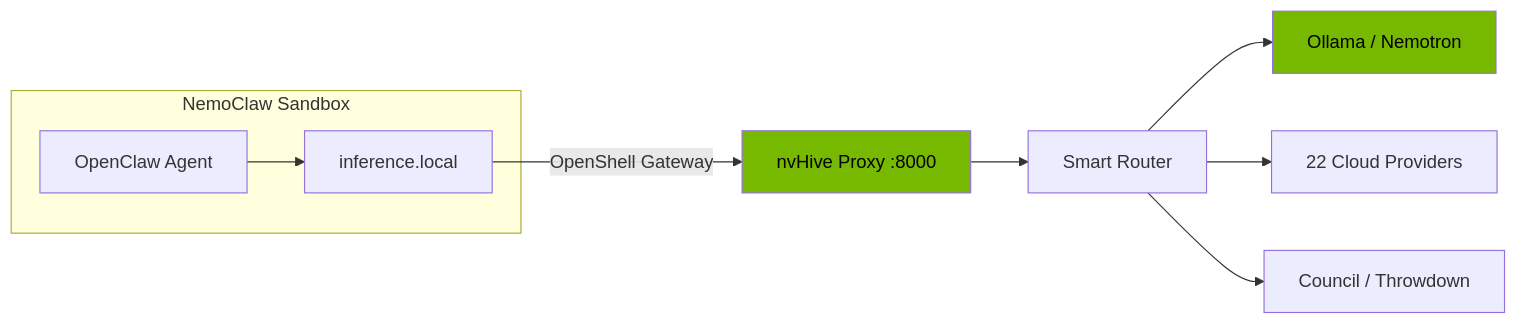
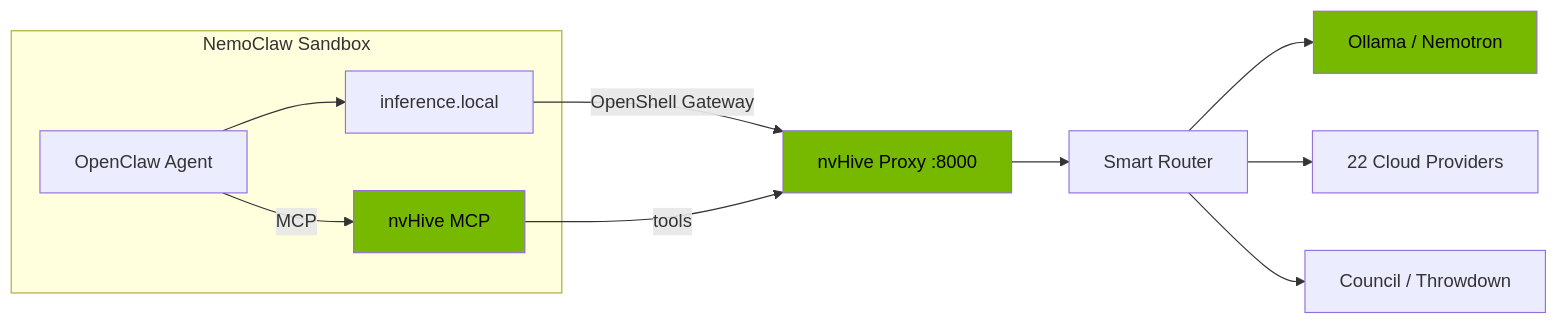
One commit to thatcooperguy/nvHive changed the first of 4 diagrams in README.md. Above: the diagram before and after it, drawn with Mermaid. The commit also changed other lines of this file and 1 other file, not shown here.

First line of the commit message:
Update diagrams for NemoClaw dual integration (inference + MCP)

````diff
--- a/README.md
+++ b/README.md
@@ -104,14 +110,17 @@
 ```mermaid
 graph LR
     subgraph NemoClaw Sandbox
         A[OpenClaw Agent] --> B[inference.local]
+        A -->|MCP| M[nvHive MCP]
     end
     B -->|OpenShell Gateway| C[nvHive Proxy :8000]
+    M -->|tools| C
     C --> D[Smart Router]
     D --> E[Ollama / Nemotron]
     D --> F[22 Cloud Providers]
     D --> G[Council / Throwdown]
 
     style C fill:#76B900,color:#000
     style E fill:#76B900,color:#000
+    style M fill:#76B900,color:#000
 ```
````
